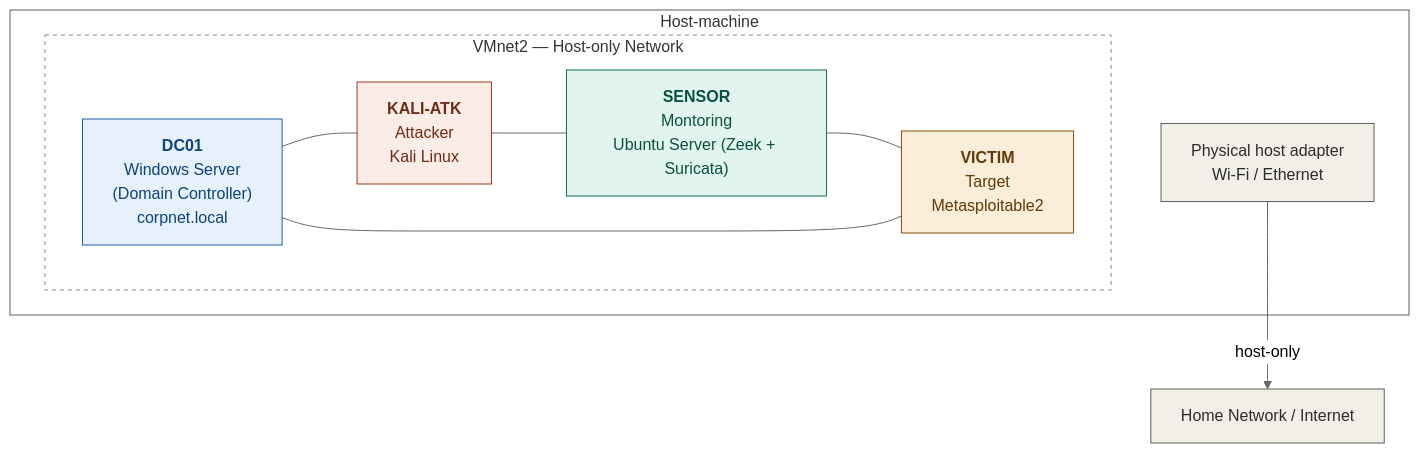
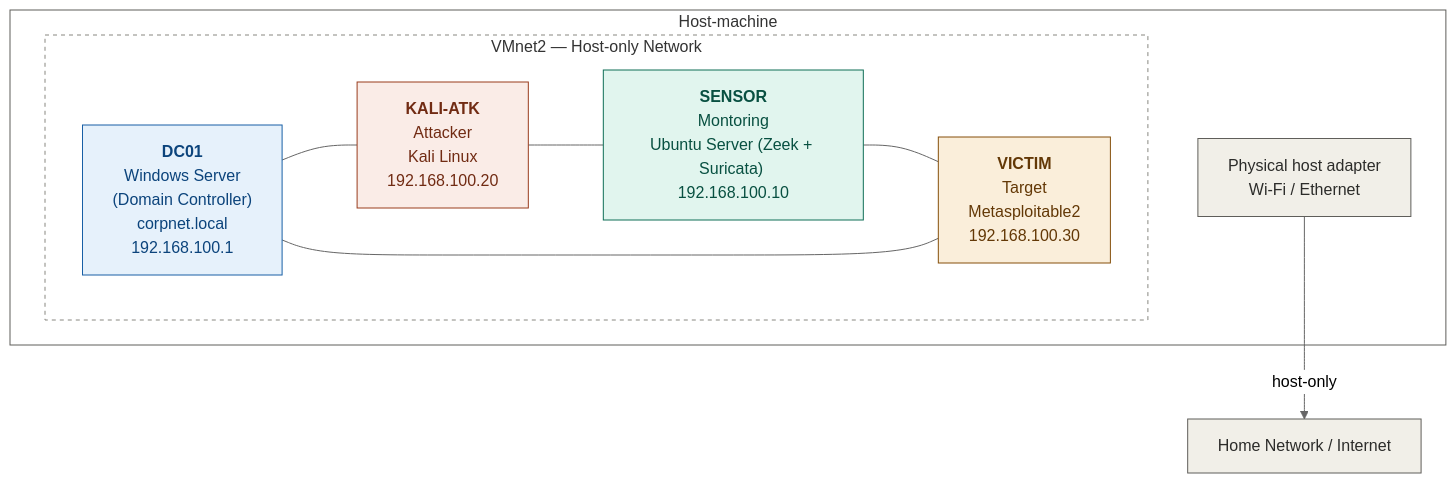
The diagram in README.md (LazurNiko/Sandbox_SecurityLab_1), drawn with Mermaid (neutral theme) before and after one commit. The commit also changed 1 other file, not shown here.

Commit message:
add network settings

````diff
--- a/README.md
+++ b/README.md
@@ -1,27 +1,27 @@
 ```mermaid
 flowchart TD
     subgraph HOST["Host-machine"]
         DC01["<b>DC01</b><br/>Windows Server 
-        (Domain Controller)<br/>corpnet.local"]
+        (Domain Controller)<br/>corpnet.local <br/>192.168.100.1"]
         NIC["Physical host adapter<br/>Wi-Fi / Ethernet"]
         subgraph VMNET["VMnet2 — Host-only Network"]
-            KALI["<b>KALI-ATK</b><br/>Attacker<br/>Kali Linux"]
-            VICTIM["<b>VICTIM</b><br/>Target<br/>Metasploitable2"]
-            SENSOR["<b>SENSOR</b><br/>Montoring<br/>Ubuntu Server (Zeek + Suricata)"]
+            KALI["<b>KALI-ATK</b><br/>Attacker<br/>Kali Linux <br/>192.168.100.20"]
+            VICTIM["<b>VICTIM</b><br/>Target<br/>Metasploitable2 <br/>192.168.100.30"]
+            SENSOR["<b>SENSOR</b><br/>Montoring<br/>Ubuntu Server (Zeek + Suricata) <br/>192.168.100.10"]
             DC01 --- KALI
             KALI --- SENSOR
             SENSOR --- VICTIM
             VICTIM --- DC01
         end
     end
     NIC -->|"host-only"| WAN["Home Network / Internet"]
 
     style DC01 fill:#E6F1FB,stroke:#185FA5,color:#0C447C
     style KALI fill:#FAECE7,stroke:#993C1D,color:#712B13
     style VICTIM fill:#FAEEDA,stroke:#854F0B,color:#633806
     style SENSOR fill:#E1F5EE,stroke:#0F6E56,color:#085041
     style NIC fill:#F1EFE8,stroke:#5F5E5A,color:#2C2C2A
     style WAN fill:#F1EFE8,stroke:#5F5E5A,color:#2C2C2A
     style VMNET fill:none,stroke:#888780,stroke-dasharray: 4 4
     style HOST fill:none,stroke:#5F5E5A
 ```
````
